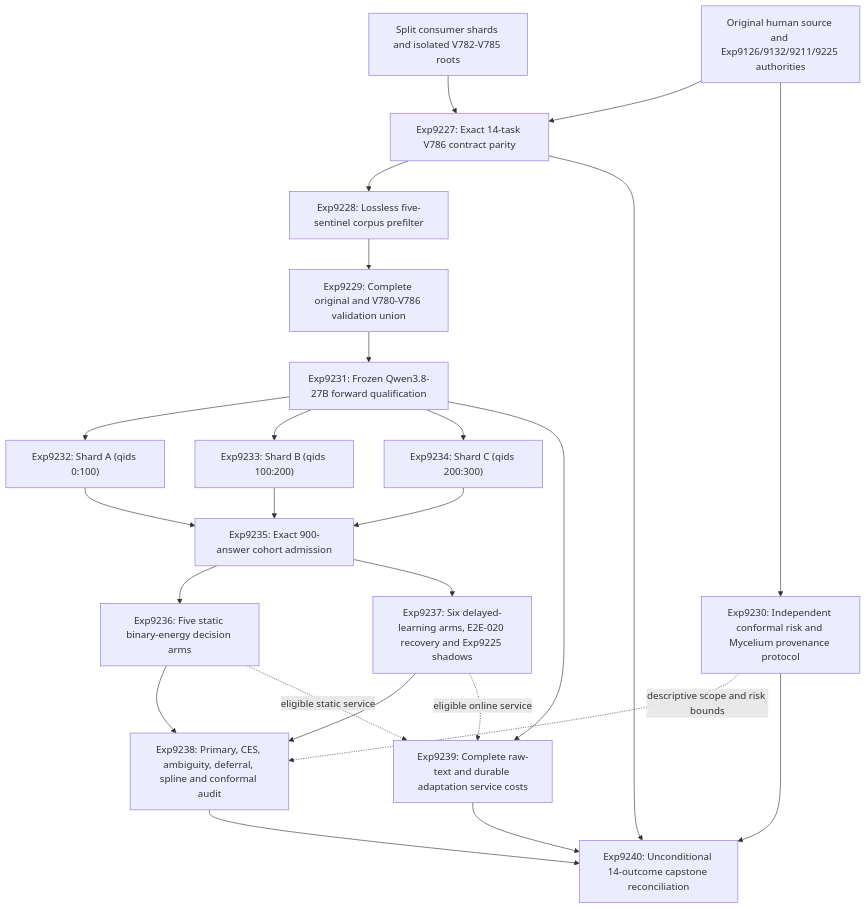
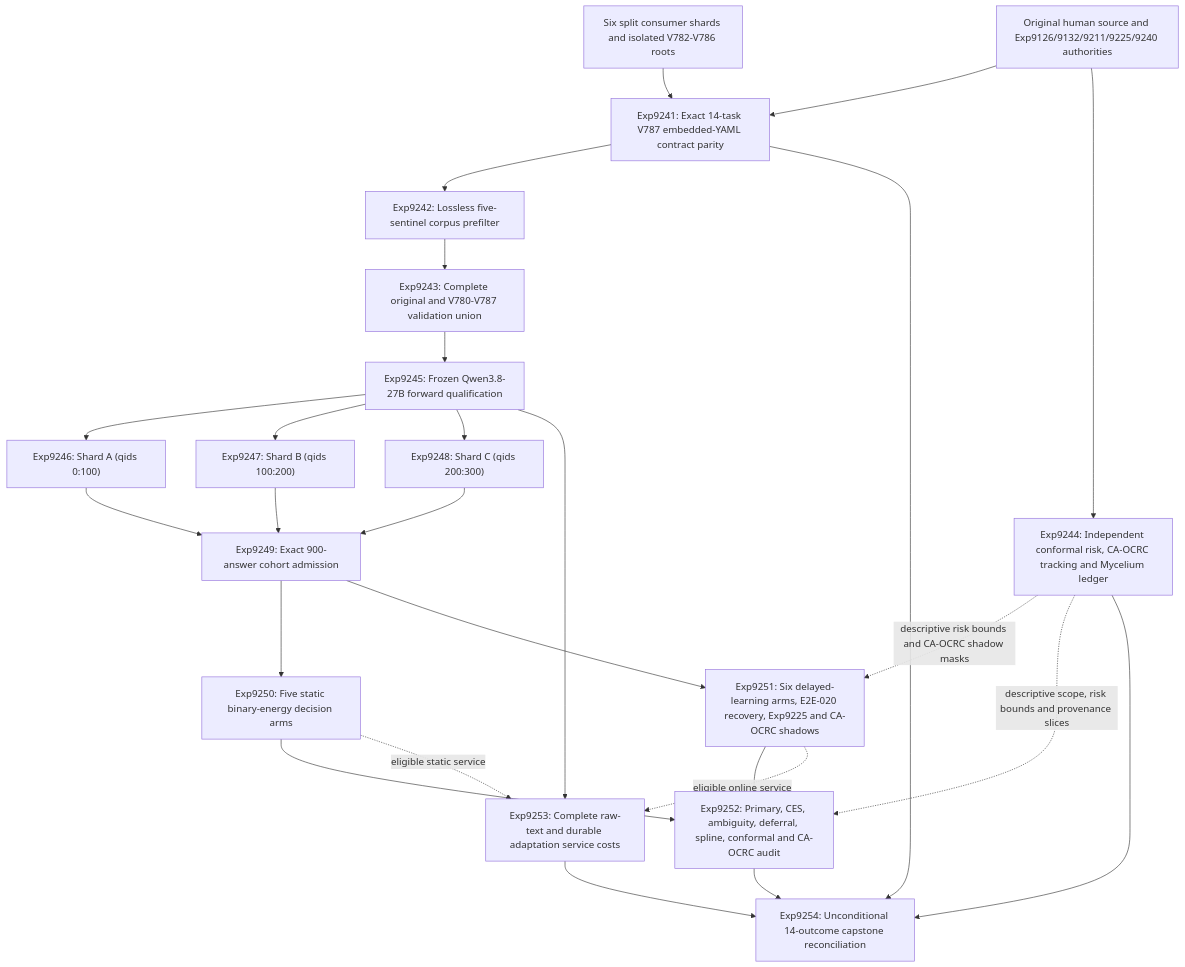
The diagram in openspec/change-proposals/research-roadmap-vNEXT.md (Carnot-EBM/carnot-ebm), drawn with Mermaid before and after one commit. The commit also changed other lines of this file and 15 other files, not shown here.

````diff
--- a/openspec/change-proposals/research-roadmap-vNEXT.md
+++ b/openspec/change-proposals/research-roadmap-vNEXT.md
@@ -93,35 +90,36 @@
 ```mermaid
 flowchart TD
-  O["Original human source and Exp9126/9132/9211/9225 authorities"]
-  R["Split consumer shards and isolated V782-V785 roots"]
-  C["Exp9227: Exact 14-task V786 contract parity"]
-  P["Exp9228: Lossless five-sentinel corpus prefilter"]
-  V["Exp9229: Complete original and V780-V786 validation union"]
-  U["Exp9230: Independent conformal risk and Mycelium provenance protocol"]
-  Q["Exp9231: Frozen Qwen3.8-27B forward qualification"]
-  A["Exp9232: Shard A (qids 0:100)"]
-  B["Exp9233: Shard B (qids 100:200)"]
-  D["Exp9234: Shard C (qids 200:300)"]
-  J["Exp9235: Exact 900-answer cohort admission"]
-  S["Exp9236: Five static binary-energy decision arms"]
-  L["Exp9237: Six delayed-learning arms, E2E-020 recovery and Exp9225 shadows"]
-  E["Exp9238: Primary, CES, ambiguity, deferral, spline and conformal audit"]
-  K["Exp9239: Complete raw-text and durable adaptation service costs"]
-  Z["Exp9240: Unconditional 14-outcome capstone reconciliation"]
+  O["Original human source and Exp9126/9132/9211/9225/9240 authorities"]
+  R["Six split consumer shards and isolated V782-V786 roots"]
+  C["Exp9241: Exact 14-task V787 embedded-YAML contract parity"]
+  P["Exp9242: Lossless five-sentinel corpus prefilter"]
+  V["Exp9243: Complete original and V780-V787 validation union"]
+  U["Exp9244: Independent conformal risk, CA-OCRC tracking and Mycelium ledger"]
+  Q["Exp9245: Frozen Qwen3.8-27B forward qualification"]
+  A["Exp9246: Shard A (qids 0:100)"]
+  B["Exp9247: Shard B (qids 100:200)"]
+  D["Exp9248: Shard C (qids 200:300)"]
+  J["Exp9249: Exact 900-answer cohort admission"]
+  S["Exp9250: Five static binary-energy decision arms"]
+  L["Exp9251: Six delayed-learning arms, E2E-020 recovery, Exp9225 and CA-OCRC shadows"]
+  E["Exp9252: Primary, CES, ambiguity, deferral, spline, conformal and CA-OCRC audit"]
+  K["Exp9253: Complete raw-text and durable adaptation service costs"]
+  Z["Exp9254: Unconditional 14-outcome capstone reconciliation"]
   R --> C --> P --> V --> Q
   O --> C
   O --> U
   Q --> A --> J
   Q --> B --> J
   Q --> D --> J
   J --> S --> E
   J --> L --> E
-  U -. "descriptive scope and risk bounds" .-> E
+  U -. "descriptive risk bounds and CA-OCRC shadow masks" .-> L
+  U -. "descriptive scope, risk bounds and provenance slices" .-> E
   Q --> K
   S -. "eligible static service" .-> K
   L -. "eligible online service" .-> K
   E --> Z
   K --> Z
   U --> Z
   C --> Z
 ```
````
